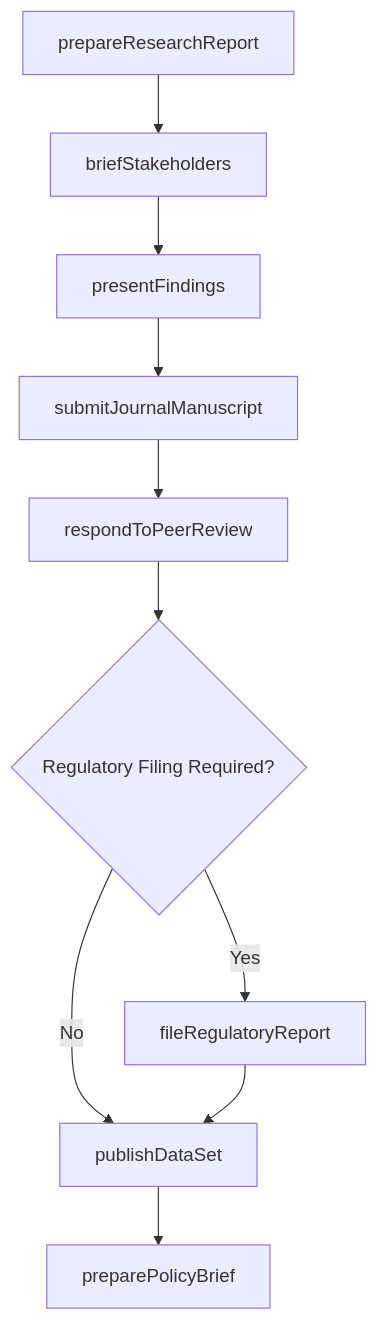
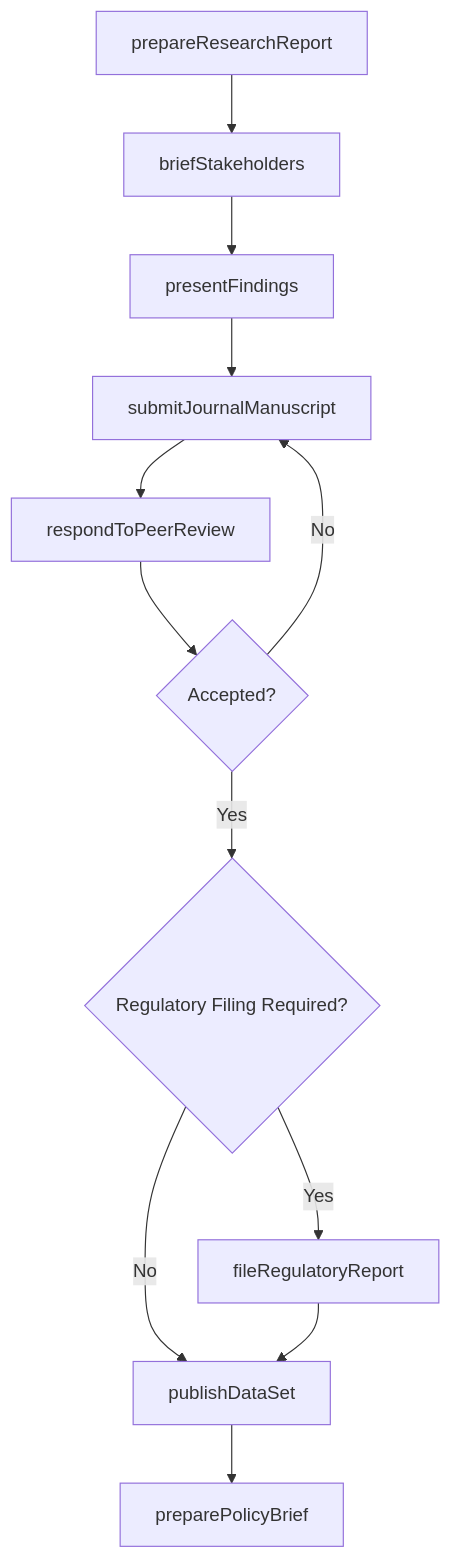
Before and after one commit to dot-org-ai/tasks.org.ai: the third of 4 diagrams in CommunicatingWithSupervisorsPeersOrSubordinates/CommunicateEnvironmentalOrSustainabilityInformation/CommunicateResultsEnvironmentalResearch.mdx, drawn with Mermaid. The commit also changed other lines of this file and 266 other files, not shown here.

First line of the commit message:
feat: Add ER diagrams, state diagrams to wave 2 batch (251 DWA files)

````diff
--- a/CommunicatingWithSupervisorsPeersOrSubordinates/CommunicateEnvironmentalOrSustainabilityInformation/CommunicateResultsEnvironmentalResearch.mdx
+++ b/CommunicatingWithSupervisorsPeersOrSubordinates/CommunicateEnvironmentalOrSustainabilityInformation/CommunicateResultsEnvironmentalResearch.mdx
@@ -89,12 +117,14 @@
 ```mermaid
 graph TD
     A[prepareResearchReport] --> B[briefStakeholders]
     B --> C[presentFindings]
     C --> D[submitJournalManuscript]
     D --> E[respondToPeerReview]
-    E --> F{Regulatory Filing Required?}
-    F -->|Yes| G[fileRegulatoryReport]
-    F -->|No| H[publishDataSet]
-    G --> H
-    H --> I[preparePolicyBrief]
+    E --> F{Accepted?}
+    F -->|No| D
+    F -->|Yes| G{Regulatory Filing Required?}
+    G -->|Yes| H[fileRegulatoryReport]
+    G -->|No| I[publishDataSet]
+    H --> I
+    I --> J[preparePolicyBrief]
 ```
````
